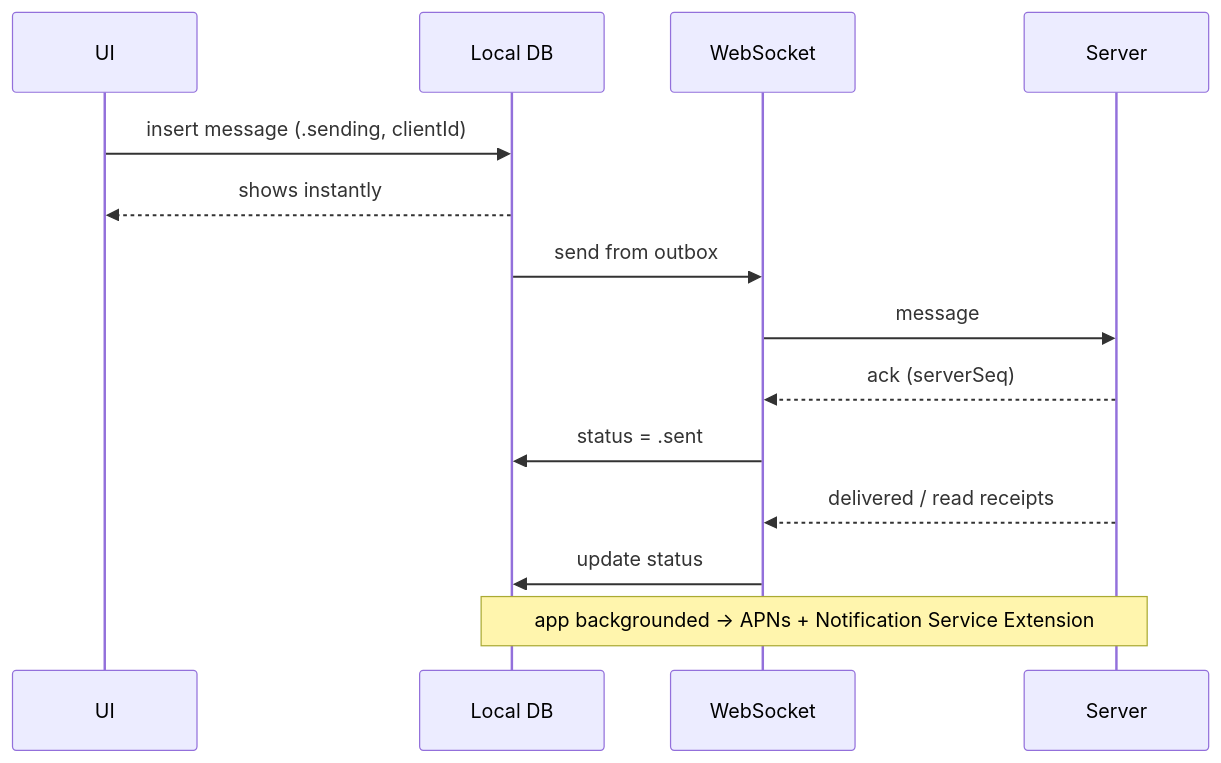
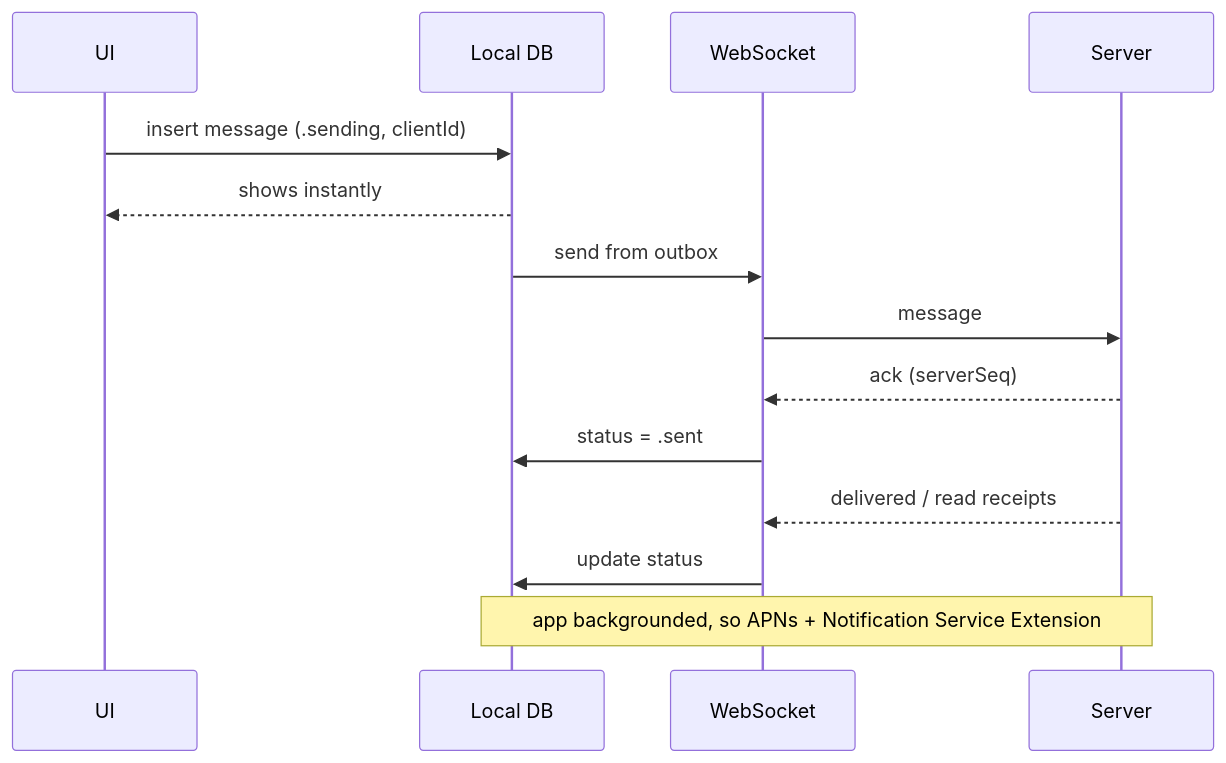
One commit to AkshayAshokCode/iOS-Interview-Questions-and-Answers changed the fourth of 17 diagrams in topics/20-system-design.md. Above: the diagram before and after it, drawn with Mermaid. The commit also changed other lines of this file and 18 other files, not shown here.

````diff
--- a/topics/20-system-design.md
+++ b/topics/20-system-design.md
@@ -92,16 +310,16 @@
 ```mermaid
 sequenceDiagram
     participant UI
     participant DB as Local DB
     participant WS as WebSocket
     participant S as Server
     UI->>DB: insert message (.sending, clientId)
     DB-->>UI: shows instantly
     DB->>WS: send from outbox
     WS->>S: message
     S-->>WS: ack (serverSeq)
     WS->>DB: status = .sent
     S-->>WS: delivered / read receipts
     WS->>DB: update status
-    Note over DB,S: app backgrounded → APNs + Notification Service Extension
+    Note over DB,S: app backgrounded, so APNs + Notification Service Extension
 ```
````
